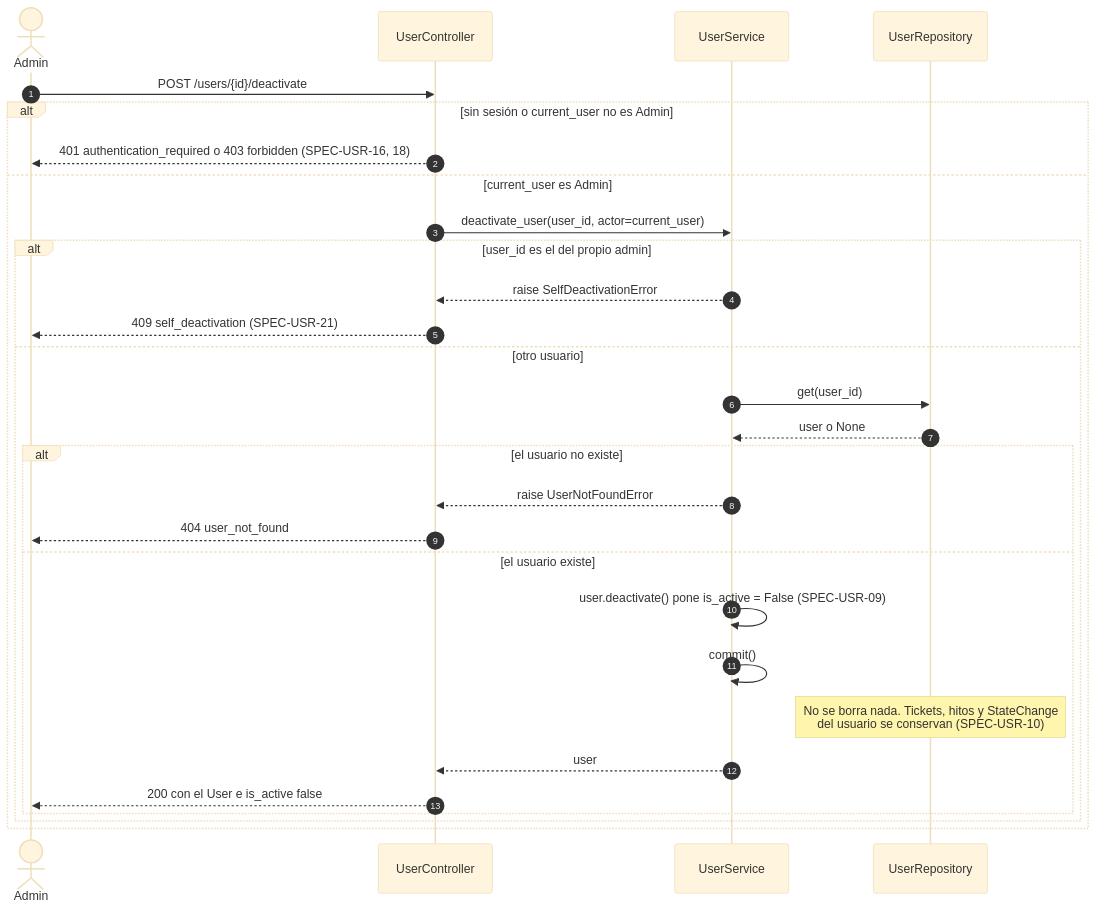
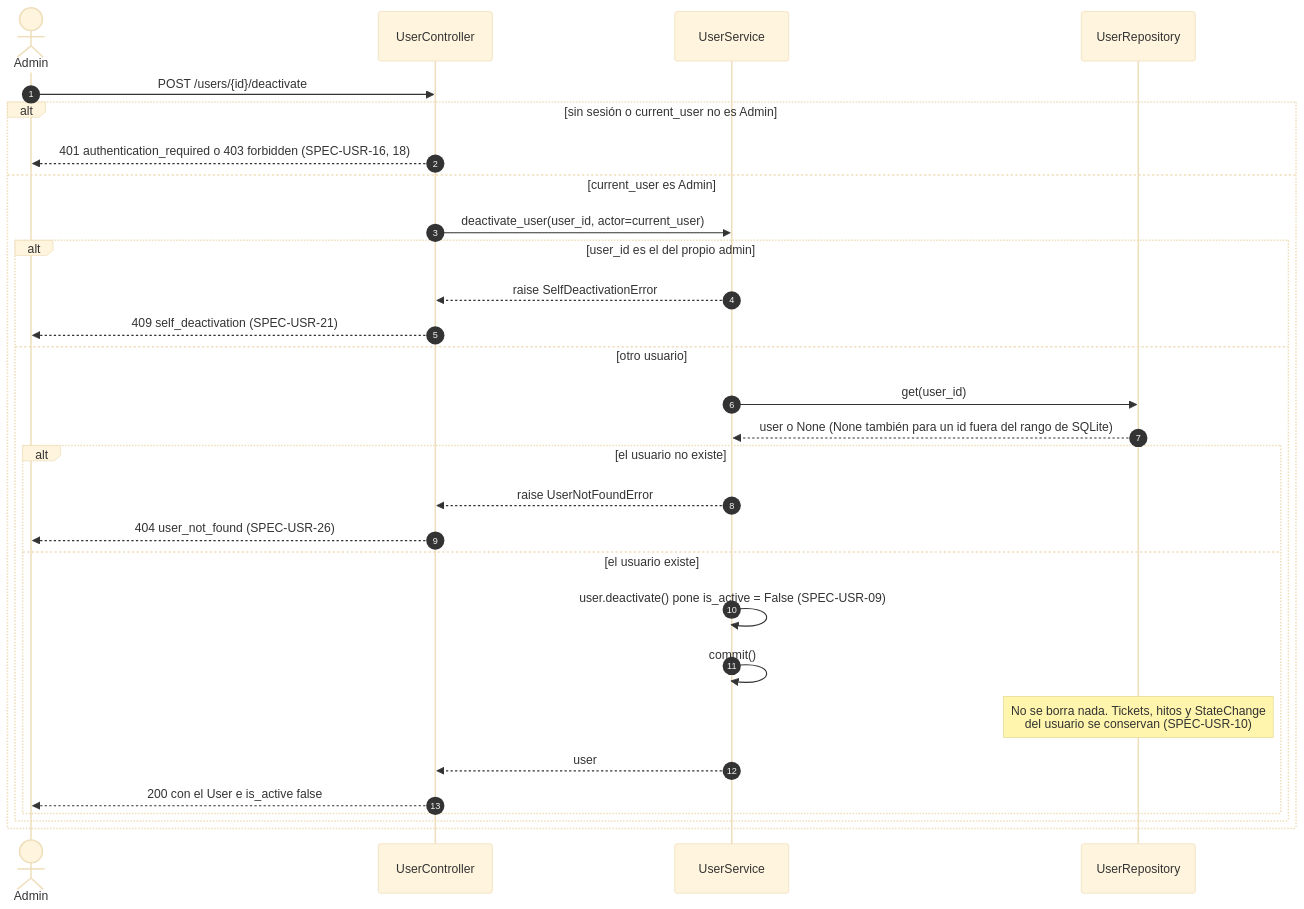
The third of 4 diagrams in diagrams/sequences/01-users.md (Diazfe-dev/AyED-III-python-ticket-service), drawn with Mermaid (base theme) before and after one commit. The commit also changed other lines of this file and 11 other files, not shown here.

````diff
--- a/diagrams/sequences/01-users.md
+++ b/diagrams/sequences/01-users.md
@@ -110,32 +110,32 @@
 ```mermaid
 sequenceDiagram
     autonumber
     actor Admin
     participant UC as UserController
     participant US as UserService
     participant UR as UserRepository
 
     Admin->>UC: POST /users/{id}/deactivate
     alt sin sesión o current_user no es Admin
         UC-->>Admin: 401 authentication_required o 403 forbidden (SPEC-USR-16, 18)
     else current_user es Admin
         UC->>US: deactivate_user(user_id, actor=current_user)
         alt user_id es el del propio admin
             US-->>UC: raise SelfDeactivationError
             UC-->>Admin: 409 self_deactivation (SPEC-USR-21)
         else otro usuario
             US->>UR: get(user_id)
-            UR-->>US: user o None
+            UR-->>US: user o None (None también para un id fuera del rango de SQLite)
             alt el usuario no existe
                 US-->>UC: raise UserNotFoundError
-                UC-->>Admin: 404 user_not_found
+                UC-->>Admin: 404 user_not_found (SPEC-USR-26)
             else el usuario existe
                 US->>US: user.deactivate() pone is_active = False (SPEC-USR-09)
                 US->>US: commit()
                 Note over UR: No se borra nada. Tickets, hitos y StateChange<br/>del usuario se conservan (SPEC-USR-10)
                 US-->>UC: user
                 UC-->>Admin: 200 con el User e is_active false
             end
         end
     end
 ```
````
